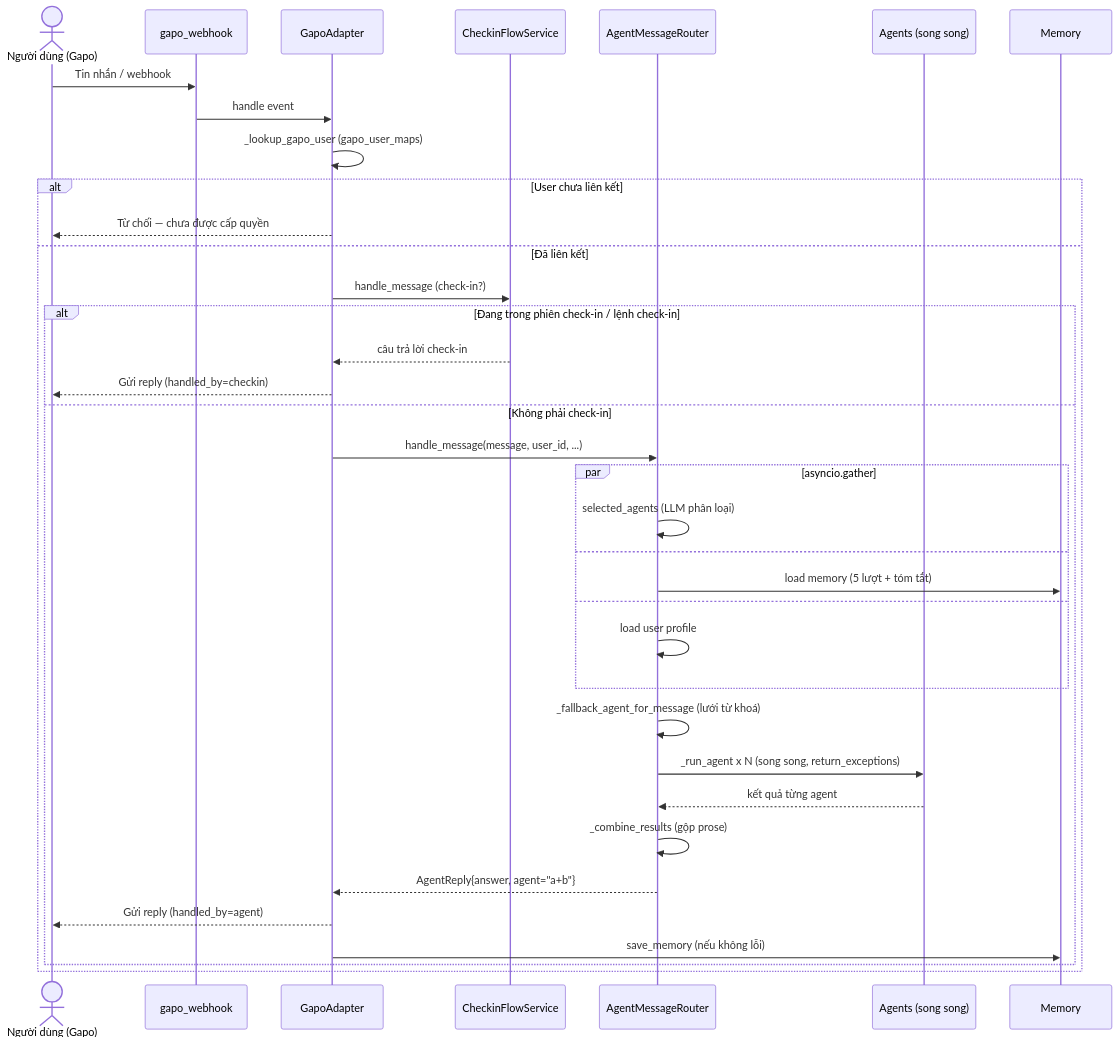
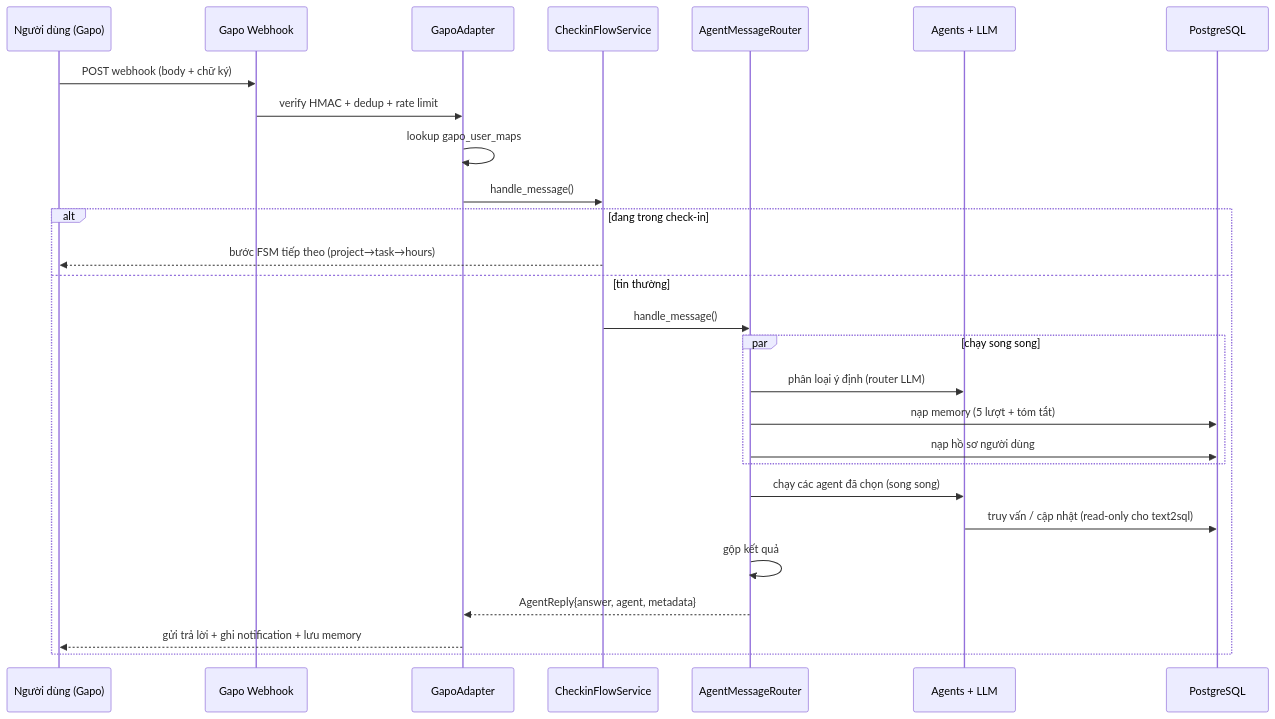
The third of 3 diagrams in README.md (dangtrantanluc/agent-project-manager), drawn with Mermaid before and after one commit. The commit also changed other lines of this file and 87 other files, not shown here.

````diff
--- a/README.md
+++ b/README.md
@@ -238,39 +239,30 @@
 ```mermaid
 sequenceDiagram
-    actor U as Người dùng (Gapo)
-    participant GW as gapo_webhook
-    participant GA as GapoAdapter
-    participant CK as CheckinFlowService
-    participant MR as AgentMessageRouter
-    participant AG as Agents (song song)
-    participant MEM as Memory
+    participant U as Người dùng (Gapo)
+    participant W as Gapo Webhook
+    participant A as GapoAdapter
+    participant C as CheckinFlowService
+    participant R as AgentMessageRouter
+    participant L as Agents + LLM
+    participant DB as PostgreSQL
 
-    U->>GW: Tin nhắn / webhook
-    GW->>GA: handle event
-    GA->>GA: _lookup_gapo_user (gapo_user_maps)
-    alt User chưa liên kết
-        GA-->>U: Từ chối — chưa được cấp quyền
-    else Đã liên kết
-        GA->>CK: handle_message (check-in?)
-        alt Đang trong phiên check-in / lệnh check-in
-            CK-->>GA: câu trả lời check-in
-            GA-->>U: Gửi reply (handled_by=checkin)
-        else Không phải check-in
-            GA->>MR: handle_message(message, user_id, ...)
-            par asyncio.gather
-                MR->>MR: selected_agents (LLM phân loại)
-            and
-                MR->>MEM: load memory (5 lượt + tóm tắt)
-            and
-                MR->>MR: load user profile
-            end
-            MR->>MR: _fallback_agent_for_message (lưới từ khoá)
-            MR->>AG: _run_agent x N (song song, return_exceptions)
-            AG-->>MR: kết quả từng agent
-            MR->>MR: _combine_results (gộp prose)
-            MR-->>GA: AgentReply{answer, agent="a+b"}
-            GA-->>U: Gửi reply (handled_by=agent)
-            GA->>MEM: save_memory (nếu không lỗi)
+    U->>W: POST webhook (body + chữ ký)
+    W->>A: verify HMAC + dedup + rate limit
+    A->>A: lookup gapo_user_maps
+    A->>C: handle_message()
+    alt đang trong check-in
+        C-->>U: bước FSM tiếp theo (project→task→hours)
+    else tin thường
+        C->>R: handle_message()
+        par chạy song song
+            R->>L: phân loại ý định (router LLM)
+            R->>DB: nạp memory (5 lượt + tóm tắt)
+            R->>DB: nạp hồ sơ người dùng
         end
+        R->>L: chạy các agent đã chọn (song song)
+        L->>DB: truy vấn / cập nhật (read-only cho text2sql)
+        R->>R: gộp kết quả
+        R-->>A: AgentReply{answer, agent, metadata}
+        A-->>U: gửi trả lời + ghi notification + lưu memory
     end
 ```
````
